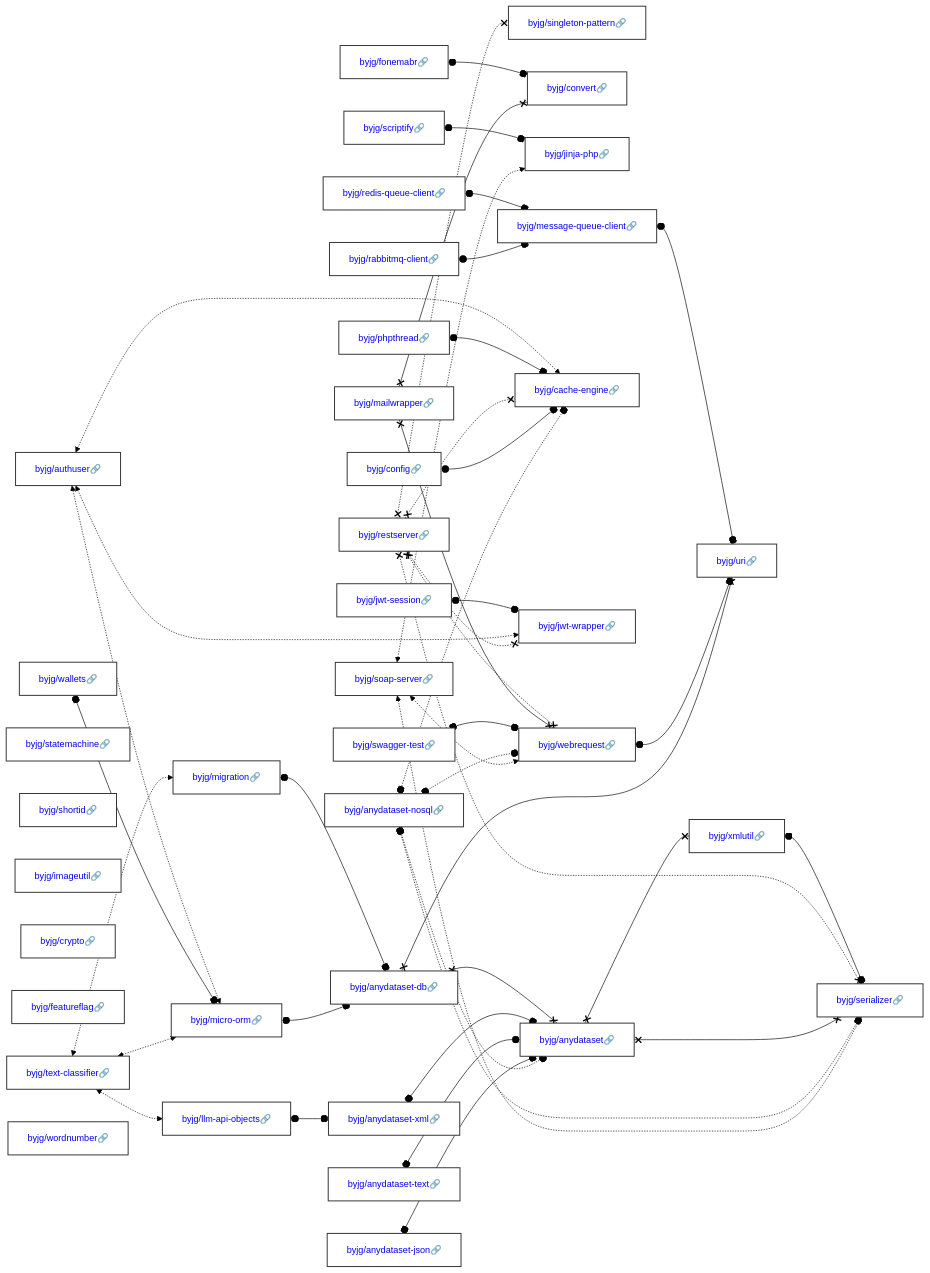
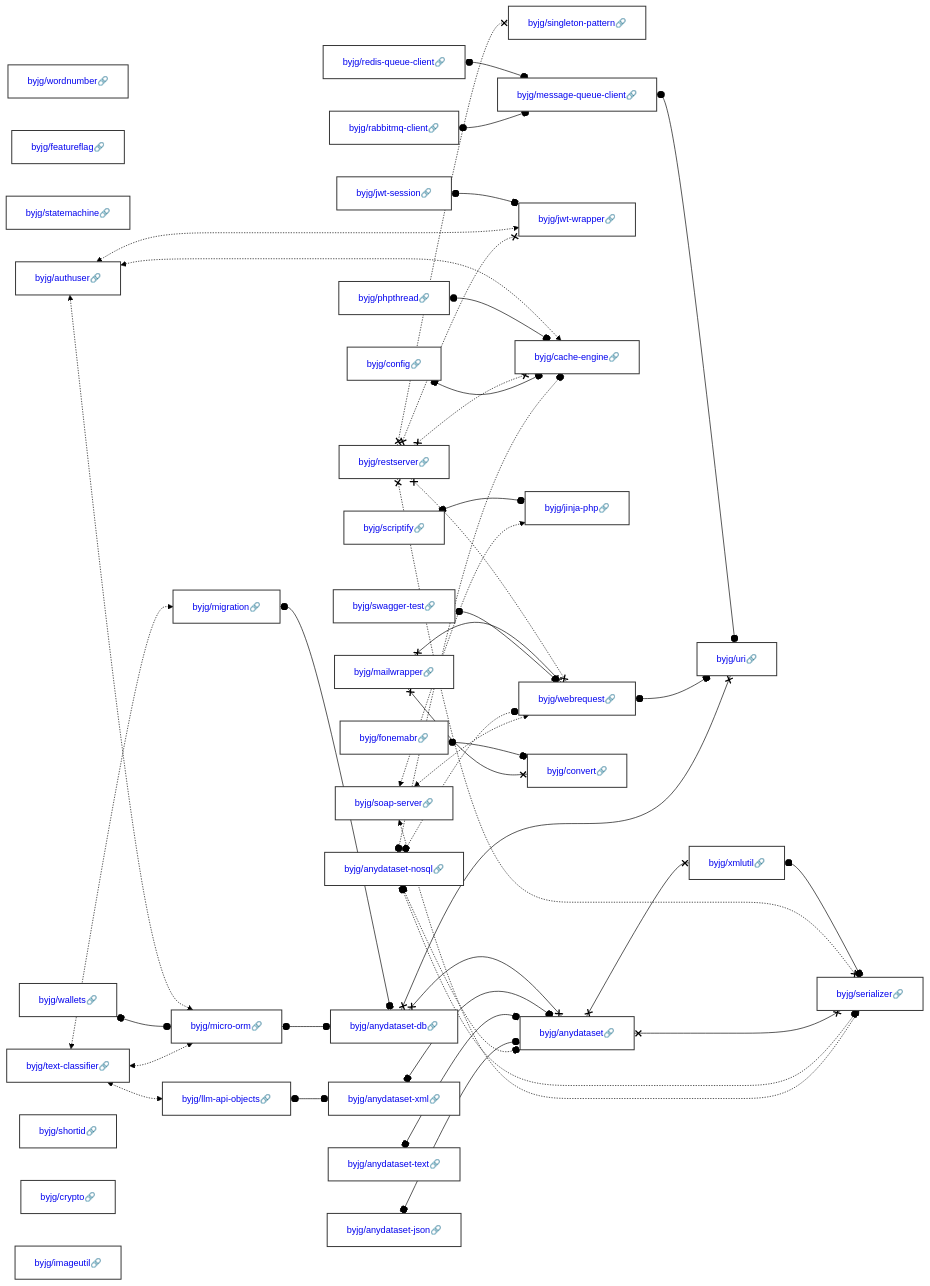
The diagram in docs/php/README.md (byjg/byjg.github.io), drawn with Mermaid (forest theme) before and after one commit. The commit also changed other lines of this file, not shown here.

Commit message:
Update documentation 'php' 'php-authuser'

````diff
--- a/docs/php/README.md
+++ b/docs/php/README.md
@@ -3,42 +3,42 @@
 ```mermaid
 graph LR;
+  byjg/jwt-session[<a href='https://opensource.byjg.com/docs/php/jwt-session' style='text-decoration:none'>byjg/jwt-session🔗</a>];
+  byjg/wordnumber[<a href='https://opensource.byjg.com/docs/php/wordnumber' style='text-decoration:none'>byjg/wordnumber🔗</a>];
+  byjg/rabbitmq-client[<a href='https://opensource.byjg.com/docs/php/rabbitmq-client' style='text-decoration:none'>byjg/rabbitmq-client🔗</a>];
+  byjg/featureflag[<a href='https://opensource.byjg.com/docs/php/featureflag' style='text-decoration:none'>byjg/featureflag🔗</a>];
+  byjg/anydataset-text[<a href='https://opensource.byjg.com/docs/php/anydataset-text' style='text-decoration:none'>byjg/anydataset-text🔗</a>];
+  byjg/swagger-test[<a href='https://opensource.byjg.com/docs/php/swagger-test' style='text-decoration:none'>byjg/swagger-test🔗</a>];
+  byjg/statemachine[<a href='https://opensource.byjg.com/docs/php/statemachine' style='text-decoration:none'>byjg/statemachine🔗</a>];
   byjg/restserver[<a href='https://opensource.byjg.com/docs/php/restserver' style='text-decoration:none'>byjg/restserver🔗</a>];
+  byjg/mailwrapper[<a href='https://opensource.byjg.com/docs/php/mailwrapper' style='text-decoration:none'>byjg/mailwrapper🔗</a>];
+  byjg/redis-queue-client[<a href='https://opensource.byjg.com/docs/php/redis-queue-client' style='text-decoration:none'>byjg/redis-queue-client🔗</a>];
+  byjg/wallets[<a href='https://opensource.byjg.com/docs/php/wallets' style='text-decoration:none'>byjg/wallets🔗</a>];
+  byjg/authuser[<a href='https://opensource.byjg.com/docs/php/authuser' style='text-decoration:none'>byjg/authuser🔗</a>];
+  byjg/text-classifier[<a href='https://opensource.byjg.com/docs/php/text-classifier' style='text-decoration:none'>byjg/text-classifier🔗</a>];
+  byjg/shortid[<a href='https://opensource.byjg.com/docs/php/shortid' style='text-decoration:none'>byjg/shortid🔗</a>];
+  byjg/scriptify[<a href='https://opensource.byjg.com/docs/php/scriptify' style='text-decoration:none'>byjg/scriptify🔗</a>];
   byjg/config[<a href='https://opensource.byjg.com/docs/php/config' style='text-decoration:none'>byjg/config🔗</a>];
-  byjg/fonemabr[<a href='https://opensource.byjg.com/docs/php/fonemabr' style='text-decoration:none'>byjg/fonemabr🔗</a>];
-  byjg/text-classifier[<a href='https://opensource.byjg.com/docs/php/text-classifier' style='text-decoration:none'>byjg/text-classifier🔗</a>];
-  byjg/swagger-test[<a href='https://opensource.byjg.com/docs/php/swagger-test' style='text-decoration:none'>byjg/swagger-test🔗</a>];
-  byjg/wallets[<a href='https://opensource.byjg.com/docs/php/wallets' style='text-decoration:none'>byjg/wallets🔗</a>];
-  byjg/soap-server[<a href='https://opensource.byjg.com/docs/php/soap-server' style='text-decoration:none'>byjg/soap-server🔗</a>];
-  byjg/statemachine[<a href='https://opensource.byjg.com/docs/php/statemachine' style='text-decoration:none'>byjg/statemachine🔗</a>];
-  byjg/mailwrapper[<a href='https://opensource.byjg.com/docs/php/mailwrapper' style='text-decoration:none'>byjg/mailwrapper🔗</a>];
-  byjg/scriptify[<a href='https://opensource.byjg.com/docs/php/scriptify' style='text-decoration:none'>byjg/scriptify🔗</a>];
-  byjg/shortid[<a href='https://opensource.byjg.com/docs/php/shortid' style='text-decoration:none'>byjg/shortid🔗</a>];
+  byjg/phpthread[<a href='https://opensource.byjg.com/docs/php/phpthread' style='text-decoration:none'>byjg/phpthread🔗</a>];
+  byjg/crypto[<a href='https://opensource.byjg.com/docs/php/crypto' style='text-decoration:none'>byjg/crypto🔗</a>];
   byjg/imageutil[<a href='https://opensource.byjg.com/docs/php/imageutil' style='text-decoration:none'>byjg/imageutil🔗</a>];
   byjg/anydataset-nosql[<a href='https://opensource.byjg.com/docs/php/anydataset-nosql' style='text-decoration:none'>byjg/anydataset-nosql🔗</a>];
-  byjg/phpthread[<a href='https://opensource.byjg.com/docs/php/phpthread' style='text-decoration:none'>byjg/phpthread🔗</a>];
-  byjg/crypto[<a href='https://opensource.byjg.com/docs/php/crypto' style='text-decoration:none'>byjg/crypto🔗</a>];
-  byjg/featureflag[<a href='https://opensource.byjg.com/docs/php/featureflag' style='text-decoration:none'>byjg/featureflag🔗</a>];
-  byjg/jwt-session[<a href='https://opensource.byjg.com/docs/php/jwt-session' style='text-decoration:none'>byjg/jwt-session🔗</a>];
-  byjg/authuser[<a href='https://opensource.byjg.com/docs/php/authuser' style='text-decoration:none'>byjg/authuser🔗</a>];
-  byjg/anydataset-text[<a href='https://opensource.byjg.com/docs/php/anydataset-text' style='text-decoration:none'>byjg/anydataset-text🔗</a>];
+  byjg/soap-server[<a href='https://opensource.byjg.com/docs/php/soap-server' style='text-decoration:none'>byjg/soap-server🔗</a>];
   byjg/anydataset-json[<a href='https://opensource.byjg.com/docs/php/anydataset-json' style='text-decoration:none'>byjg/anydataset-json🔗</a>];
-  byjg/wordnumber[<a href='https://opensource.byjg.com/docs/php/wordnumber' style='text-decoration:none'>byjg/wordnumber🔗</a>];
-  byjg/redis-queue-client[<a href='https://opensource.byjg.com/docs/php/redis-queue-client' style='text-decoration:none'>byjg/redis-queue-client🔗</a>];
-  byjg/rabbitmq-client[<a href='https://opensource.byjg.com/docs/php/rabbitmq-client' style='text-decoration:none'>byjg/rabbitmq-client🔗</a>];
+  byjg/fonemabr[<a href='https://opensource.byjg.com/docs/php/fonemabr' style='text-decoration:none'>byjg/fonemabr🔗</a>];
   byjg/singleton-pattern[<a href='https://opensource.byjg.com/docs/php/singleton-pattern' style='text-decoration:none'>byjg/singleton-pattern🔗</a>];
+  byjg/message-queue-client[<a href='https://opensource.byjg.com/docs/php/message-queue-client' style='text-decoration:none'>byjg/message-queue-client🔗</a>];
+  byjg/jwt-wrapper[<a href='https://opensource.byjg.com/docs/php/jwt-wrapper' style='text-decoration:none'>byjg/jwt-wrapper🔗</a>];
+  byjg/micro-orm[<a href='https://opensource.byjg.com/docs/php/micro-orm' style='text-decoration:none'>byjg/micro-orm🔗</a>];
   byjg/migration[<a href='https://opensource.byjg.com/docs/php/migration' style='text-decoration:none'>byjg/migration🔗</a>];
   byjg/llm-api-objects[<a href='https://opensource.byjg.com/docs/php/llm-api-objects' style='text-decoration:none'>byjg/llm-api-objects🔗</a>];
-  byjg/convert[<a href='https://opensource.byjg.com/docs/php/convert' style='text-decoration:none'>byjg/convert🔗</a>];
+  byjg/cache-engine[<a href='https://opensource.byjg.com/docs/php/cache-engine' style='text-decoration:none'>byjg/cache-engine🔗</a>];
   byjg/jinja-php[<a href='https://opensource.byjg.com/docs/php/jinja-php' style='text-decoration:none'>byjg/jinja-php🔗</a>];
   byjg/webrequest[<a href='https://opensource.byjg.com/docs/php/webrequest' style='text-decoration:none'>byjg/webrequest🔗</a>];
-  byjg/micro-orm[<a href='https://opensource.byjg.com/docs/php/micro-orm' style='text-decoration:none'>byjg/micro-orm🔗</a>];
-  byjg/cache-engine[<a href='https://opensource.byjg.com/docs/php/cache-engine' style='text-decoration:none'>byjg/cache-engine🔗</a>];
-  byjg/jwt-wrapper[<a href='https://opensource.byjg.com/docs/php/jwt-wrapper' style='text-decoration:none'>byjg/jwt-wrapper🔗</a>];
-  byjg/message-queue-client[<a href='https://opensource.byjg.com/docs/php/message-queue-client' style='text-decoration:none'>byjg/message-queue-client🔗</a>];
+  byjg/convert[<a href='https://opensource.byjg.com/docs/php/convert' style='text-decoration:none'>byjg/convert🔗</a>];
+  byjg/anydataset-db[<a href='https://opensource.byjg.com/docs/php/anydataset-db' style='text-decoration:none'>byjg/anydataset-db🔗</a>];
   byjg/anydataset-xml[<a href='https://opensource.byjg.com/docs/php/anydataset-xml' style='text-decoration:none'>byjg/anydataset-xml🔗</a>];
-  byjg/anydataset-db[<a href='https://opensource.byjg.com/docs/php/anydataset-db' style='text-decoration:none'>byjg/anydataset-db🔗</a>];
+  byjg/uri[<a href='https://opensource.byjg.com/docs/php/uri' style='text-decoration:none'>byjg/uri🔗</a>];
   byjg/anydataset[<a href='https://opensource.byjg.com/docs/php/anydataset' style='text-decoration:none'>byjg/anydataset🔗</a>];
-  byjg/uri[<a href='https://opensource.byjg.com/docs/php/uri' style='text-decoration:none'>byjg/uri🔗</a>];
   byjg/xmlutil[<a href='https://opensource.byjg.com/docs/php/xmlutil' style='text-decoration:none'>byjg/xmlutil🔗</a>];
   byjg/serializer[<a href='https://opensource.byjg.com/docs/php/serializer' style='text-decoration:none'>byjg/serializer🔗</a>];
   byjg/soap-server <-.-> byjg/jinja-php;
````
